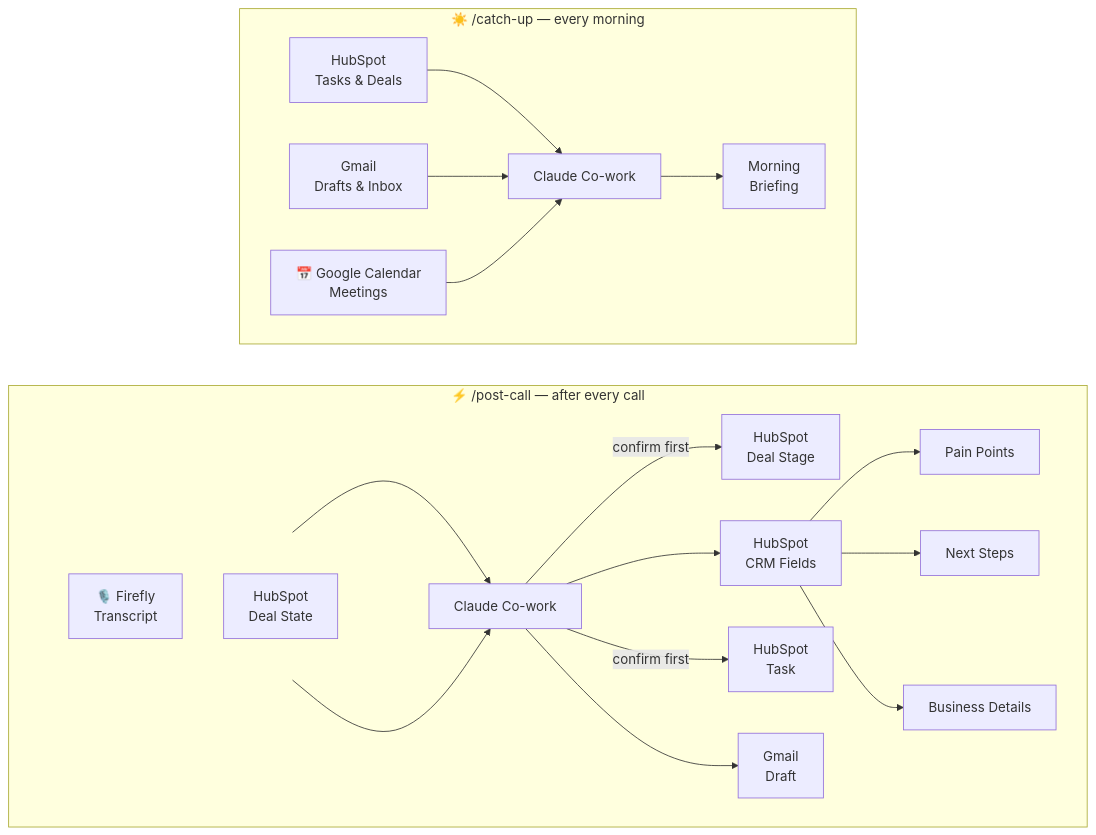
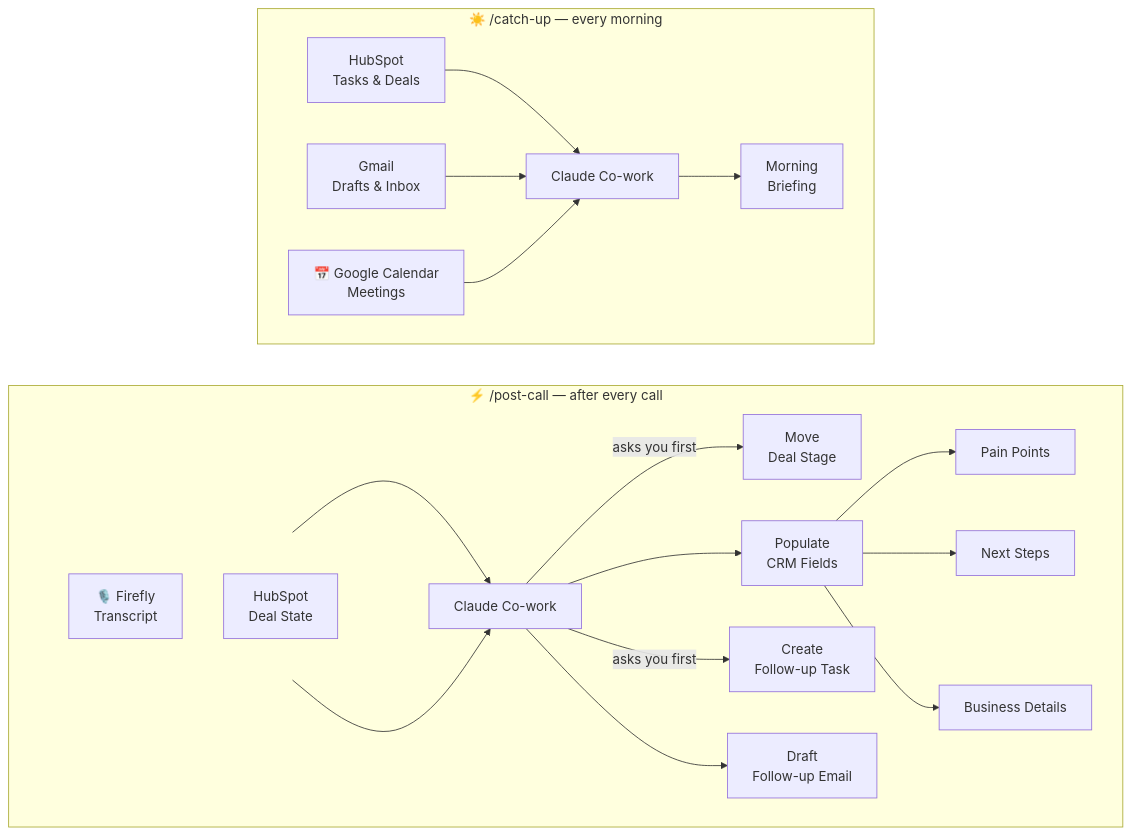
Before and after one commit to yuji-jeong/cowork-post-call: the diagram in README.md, drawn with Mermaid.

Commit message:
Update diagram: action-verb box labels and asks you first tag

````diff
--- a/README.md
+++ b/README.md
@@ -20,46 +20,46 @@
 ```mermaid
 flowchart LR
     subgraph pc ["⚡ /post-call — after every call"]
         direction LR
 
         subgraph inputs [" "]
             direction TB
             FLY["🎙️ Firefly\nTranscript"]
             HS_IN["HubSpot\nDeal State"]
         end
         style inputs fill:none,stroke:none
 
         CW1["Claude Co-work"]
-        HS_STAGE["HubSpot\nDeal Stage"]
-        HS_CRM["HubSpot\nCRM Fields"]
+        HS_STAGE["Move\nDeal Stage"]
+        HS_CRM["Populate\nCRM Fields"]
         HS_PAIN["Pain Points"]
         HS_NEXT["Next Steps"]
         HS_OTHER["Business Details"]
-        HS_TASK["HubSpot\nTask"]
-        GM1["Gmail\nDraft"]
+        HS_TASK["Create\nFollow-up Task"]
+        GM1["Draft\nFollow-up Email"]
 
         FLY --> CW1
         HS_IN --> CW1
-        CW1 -->|"confirm first"| HS_STAGE
+        CW1 -->|"asks you first"| HS_STAGE
         CW1 --> HS_CRM
         HS_CRM --> HS_PAIN
         HS_CRM --> HS_NEXT
         HS_CRM --> HS_OTHER
-        CW1 -->|"confirm first"| HS_TASK
+        CW1 -->|"asks you first"| HS_TASK
         CW1 --> GM1
     end
 
     subgraph cu ["☀️ /catch-up — every morning"]
         direction LR
         HS4["HubSpot\nTasks & Deals"]
         GM2["Gmail\nDrafts & Inbox"]
         GC["📅 Google Calendar\nMeetings"]
         CW2["Claude Co-work"]
         OUT["Morning\nBriefing"]
 
         HS4 --> CW2
         GM2 --> CW2
         GC --> CW2
         CW2 --> OUT
     end
 ```
````
